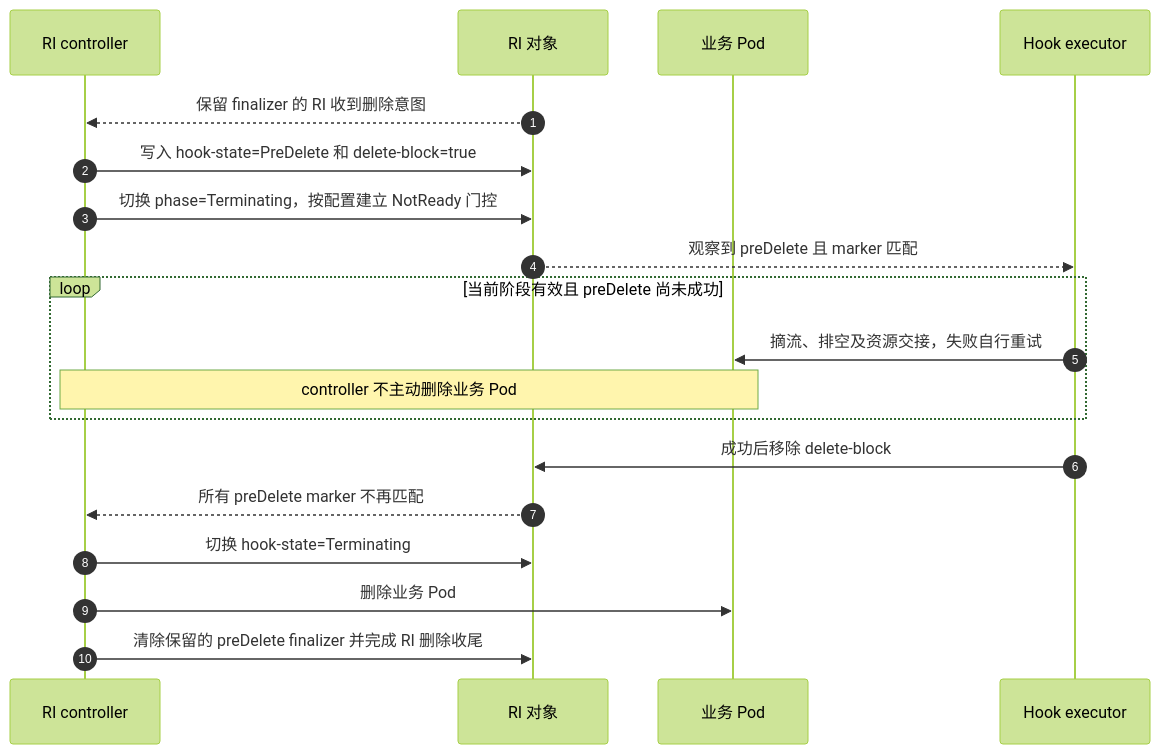
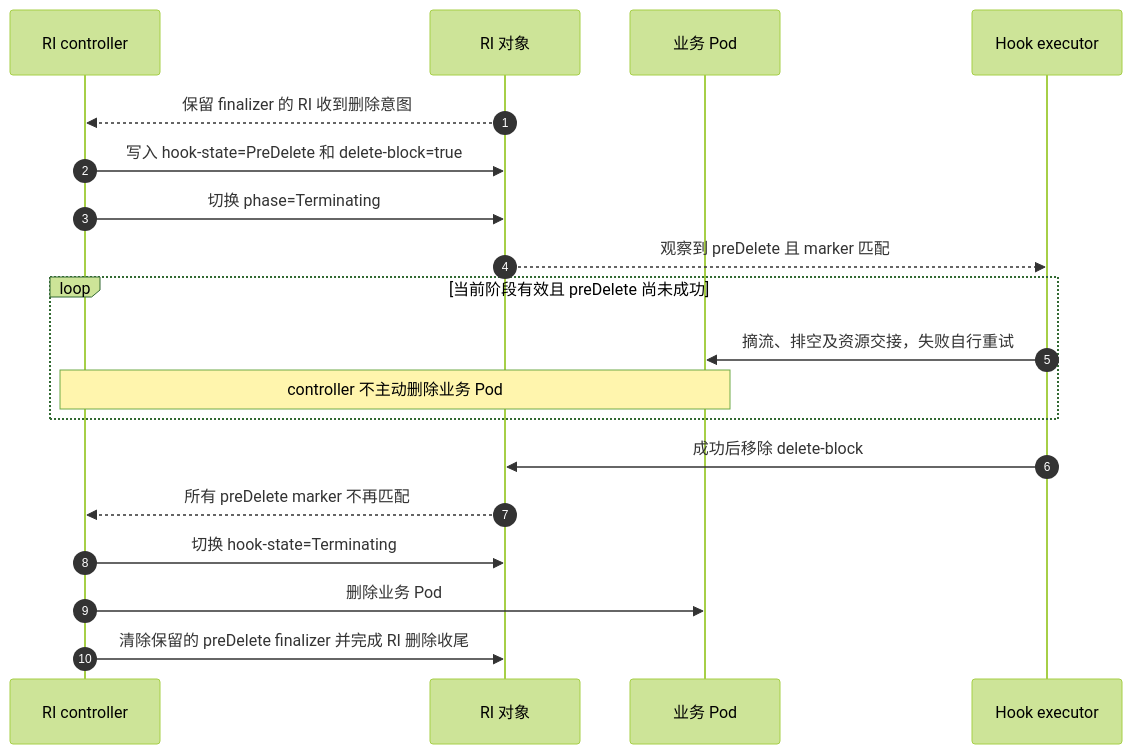
The fourth of 4 diagrams in keps/527-roleinstance-lifecycle/README.zh-CN.md (sgl-project/rbg), drawn with Mermaid (forest theme) before and after one commit. The commit also changed other lines of this file and 1 other file, not shown here.

Commit message:
docs: remove markNotReady and readiness gating from KEP-527

````diff
--- a/keps/527-roleinstance-lifecycle/README.zh-CN.md
+++ b/keps/527-roleinstance-lifecycle/README.zh-CN.md
@@ -511,21 +482,21 @@
 ```mermaid
 sequenceDiagram
     autonumber
     participant C as RI controller
     participant R as RI 对象
     participant P as 业务 Pod
     participant E as Hook executor
     R-->>C: 保留 finalizer 的 RI 收到删除意图
     C->>R: 写入 hook-state=PreDelete 和 delete-block=true
-    C->>R: 切换 phase=Terminating，按配置建立 NotReady 门控
+    C->>R: 切换 phase=Terminating
     R-->>E: 观察到 preDelete 且 marker 匹配
     loop 当前阶段有效且 preDelete 尚未成功
         E->>P: 摘流、排空及资源交接，失败自行重试
         Note over C,P: controller 不主动删除业务 Pod
     end
     E->>R: 成功后移除 delete-block
     R-->>C: 所有 preDelete marker 不再匹配
     C->>R: 切换 hook-state=Terminating
     C->>P: 删除业务 Pod
     C->>R: 清除保留的 preDelete finalizer 并完成 RI 删除收尾
 ```
````
